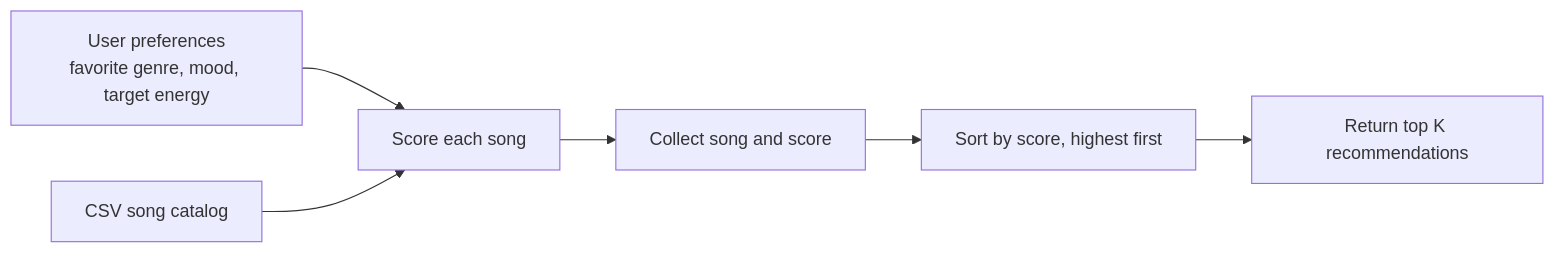
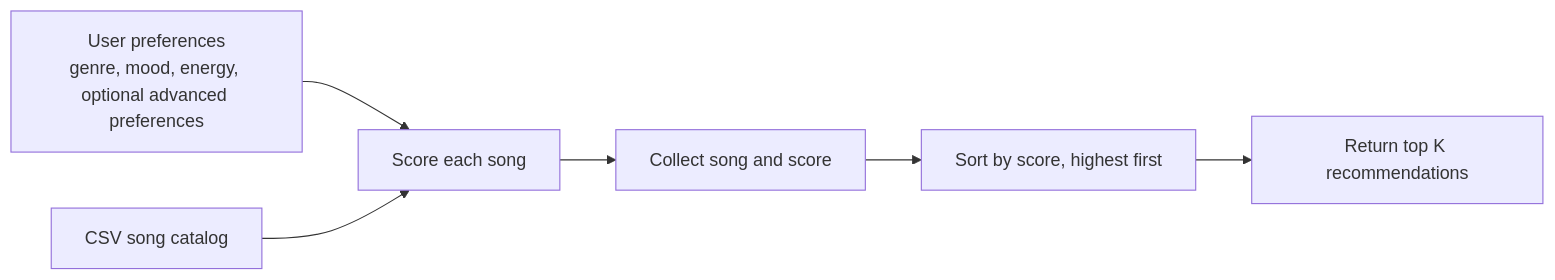
One commit to renee127/ai110-module3show-musicrecommendersimulation-starter changed the diagram in README.md. Above: the diagram before and after it, drawn with Mermaid. The commit also changed other lines of this file and 6 other files, not shown here.

````diff
--- a/README.md
+++ b/README.md
@@ -48,8 +68,8 @@
 ```mermaid
 flowchart LR
-    A[User preferences<br/>favorite genre, mood, target energy] --> C
+    A[User preferences<br/>genre, mood, energy, optional advanced preferences] --> C
     B[CSV song catalog] --> C[Score each song]
     C --> D[Collect song and score]
     D --> E[Sort by score, highest first]
     E --> F[Return top K recommendations]
 ```
````
